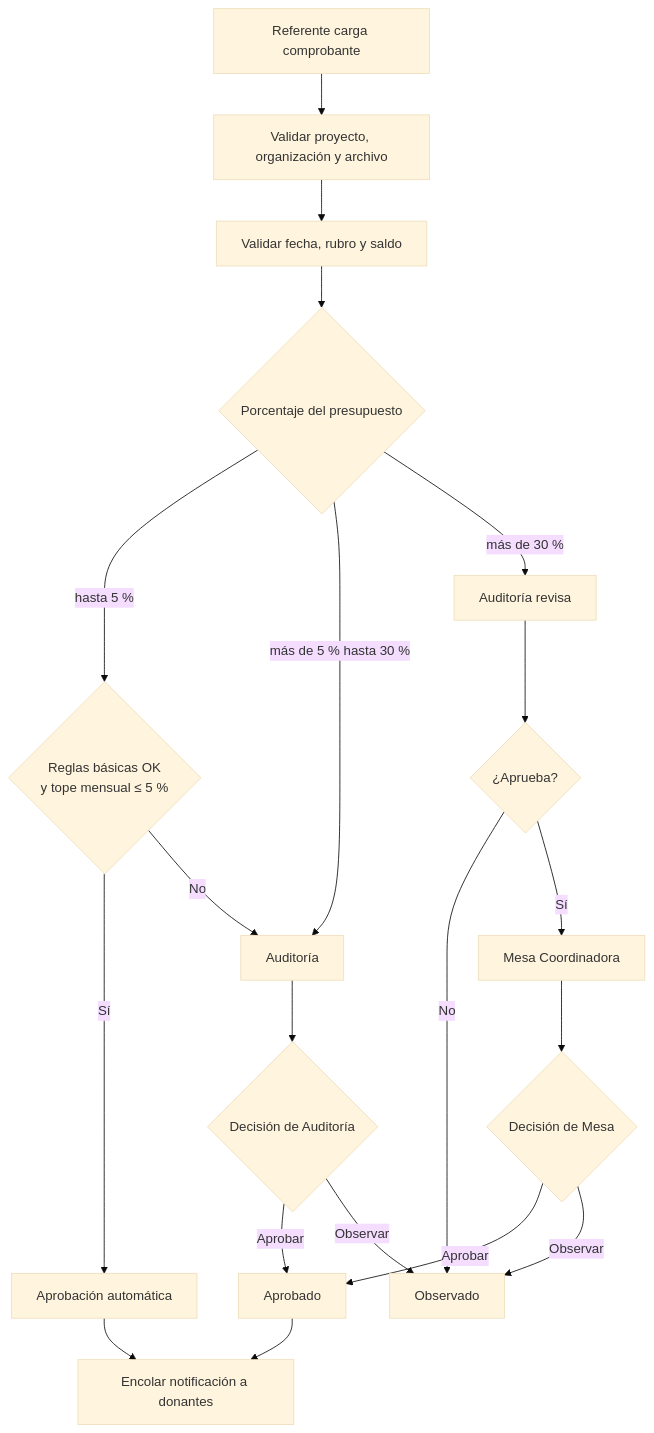
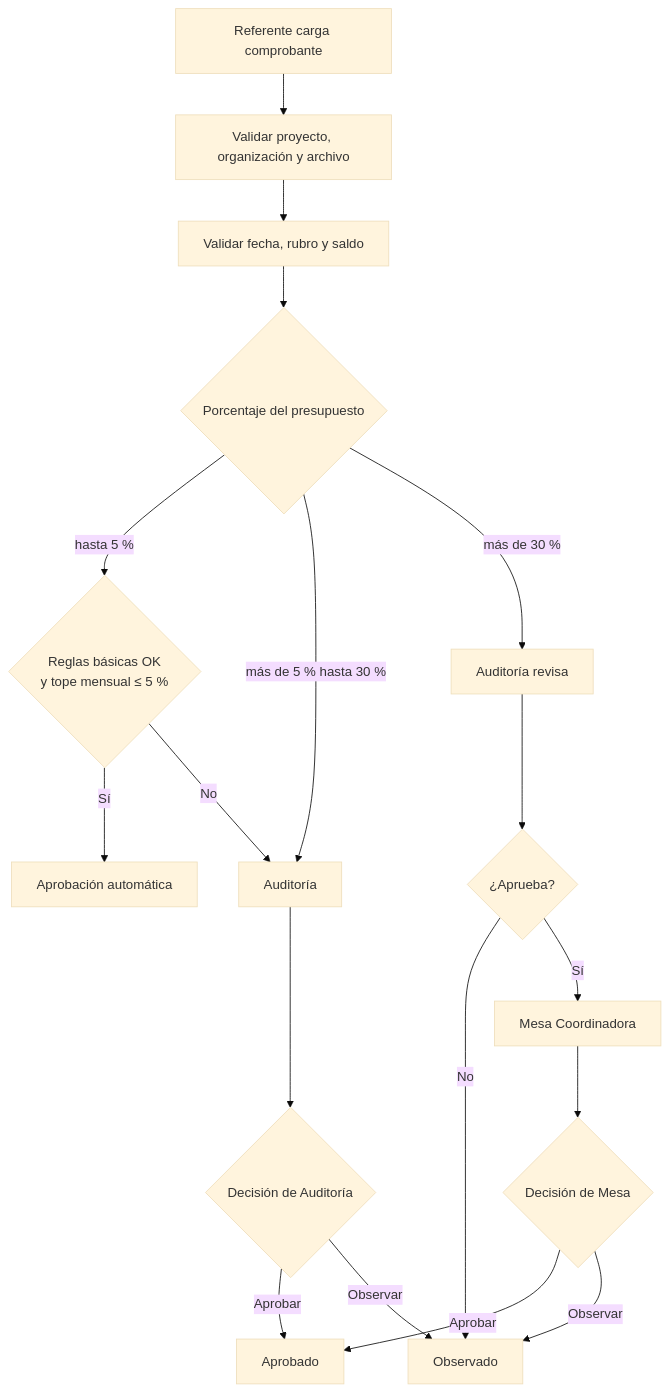
The second of 4 diagrams in README.md (ivanshifman/TP-BACKEND-SUMAR_IMPACTO), drawn with Mermaid (base theme) before and after one commit. The commit also changed other lines of this file and 93 other files, not shown here.

````diff
--- a/README.md
+++ b/README.md
@@ -288,22 +323,20 @@
 ```mermaid
 flowchart TD
   A[Referente carga comprobante] --> B[Validar proyecto, organización y archivo]
   B --> C[Validar fecha, rubro y saldo]
   C --> D{Porcentaje del presupuesto}
   D -->|hasta 5 %| E{Reglas básicas OK<br/>y tope mensual ≤ 5 %}
   E -->|Sí| F[Aprobación automática]
   E -->|No| G[Auditoría]
   D -->|más de 5 % hasta 30 %| G
   D -->|más de 30 %| H[Auditoría revisa]
   H --> I{¿Aprueba?}
   I -->|No| J[Observado]
   I -->|Sí| K[Mesa Coordinadora]
   K --> L{Decisión de Mesa}
   L -->|Aprobar| M[Aprobado]
   L -->|Observar| J
   G --> N{Decisión de Auditoría}
   N -->|Aprobar| M
   N -->|Observar| J
-  F --> O[Encolar notificación a donantes]
-  M --> O
 ```
````
